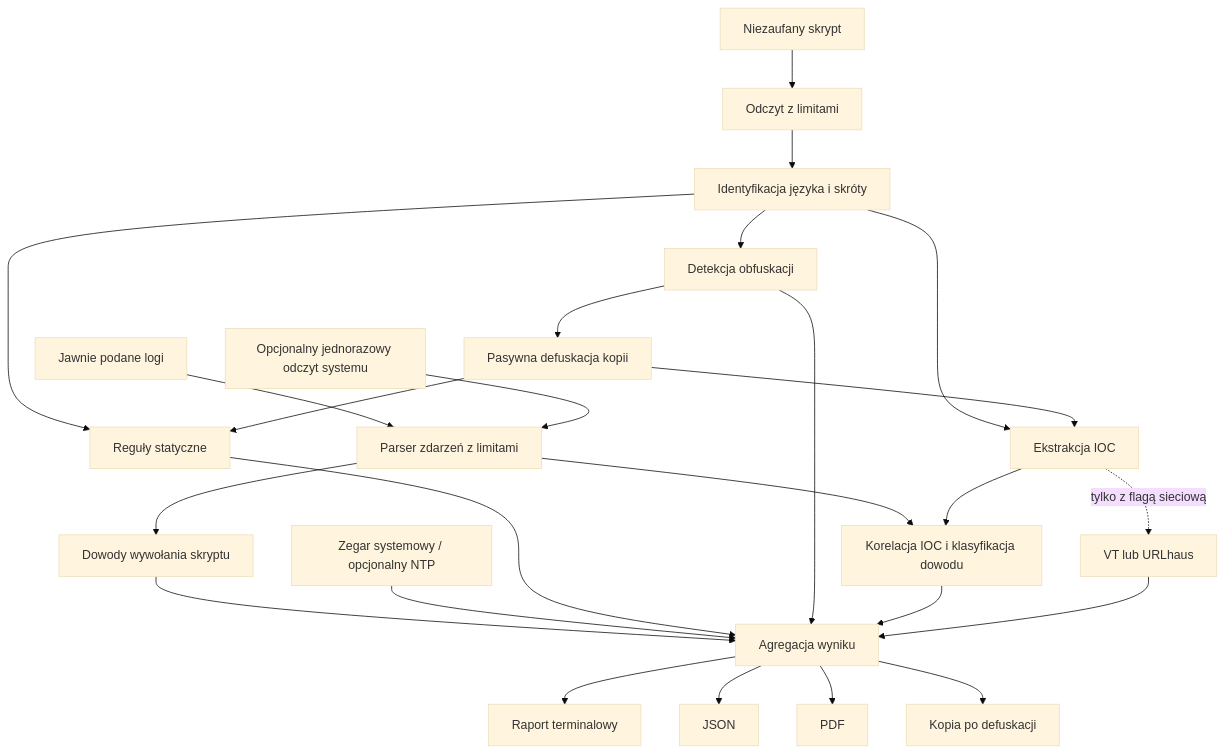
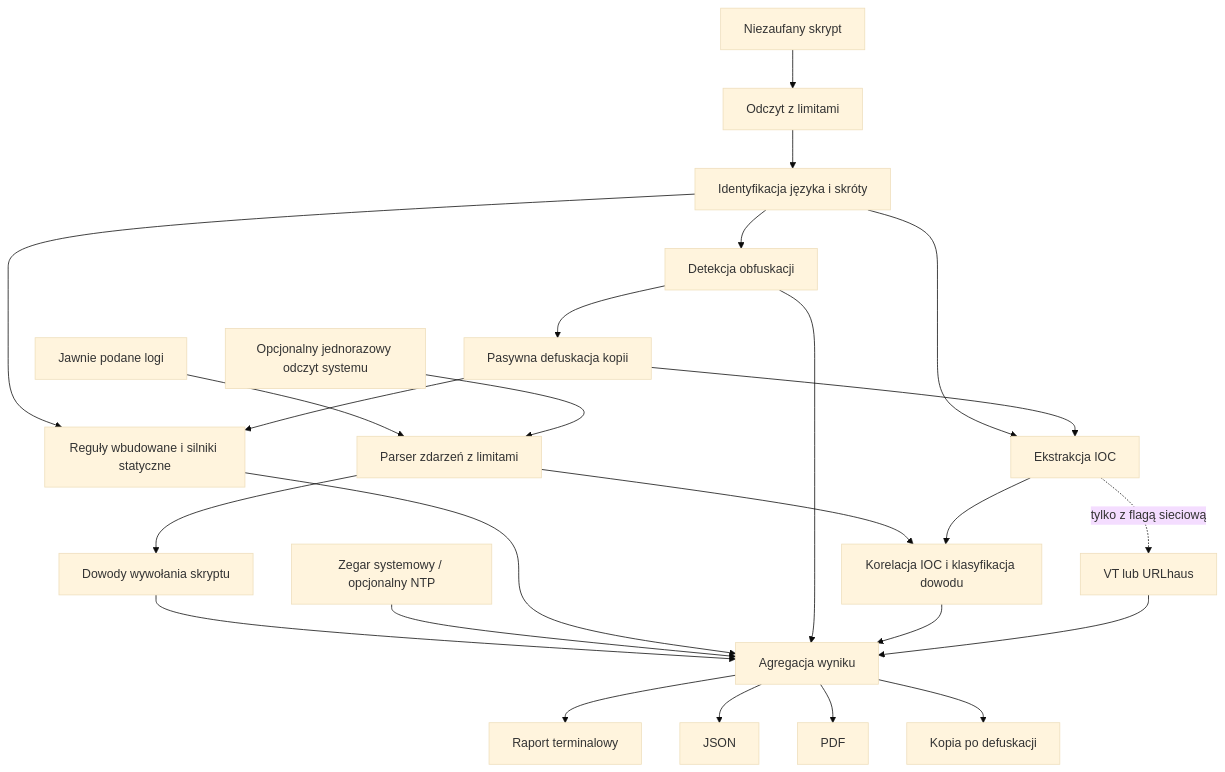
The diagram in docs/ARCHITECTURE.md (KawalChlopa/ScriptScanner), drawn with Mermaid (base theme) before and after one commit. The commit also changed other lines of this file and 22 other files, not shown here.

````diff
--- a/docs/ARCHITECTURE.md
+++ b/docs/ARCHITECTURE.md
@@ -11,27 +11,27 @@
 ```mermaid
 flowchart TD
     A[Niezaufany skrypt] --> B[Odczyt z limitami]
     B --> C[Identyfikacja języka i skróty]
     C --> D[Detekcja obfuskacji]
     D --> E[Pasywna defuskacja kopii]
-    C --> F[Reguły statyczne]
+    C --> F[Reguły wbudowane i silniki statyczne]
     E --> F
     C --> G[Ekstrakcja IOC]
     E --> G
     H[Jawnie podane logi] --> I[Parser zdarzeń z limitami]
     HS[Opcjonalny jednorazowy odczyt systemu] --> I
     I --> J[Korelacja IOC i klasyfikacja dowodu]
     I --> EX[Dowody wywołania skryptu]
     EX --> M
     G --> J
     G -. tylko z flagą sieciową .-> K[VT lub URLhaus]
     L[Zegar systemowy / opcjonalny NTP] --> M[Agregacja wyniku]
     F --> M
     D --> M
     J --> M
     K --> M
     M --> N[Raport terminalowy]
     M --> O[JSON]
     M --> P[PDF]
     M --> Q[Kopia po defuskacji]
 ```
````
